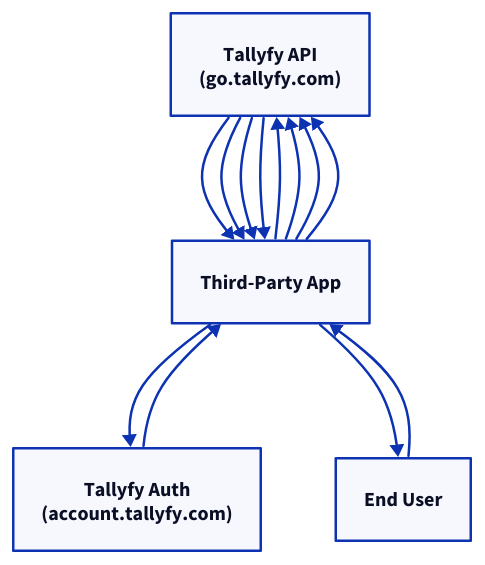
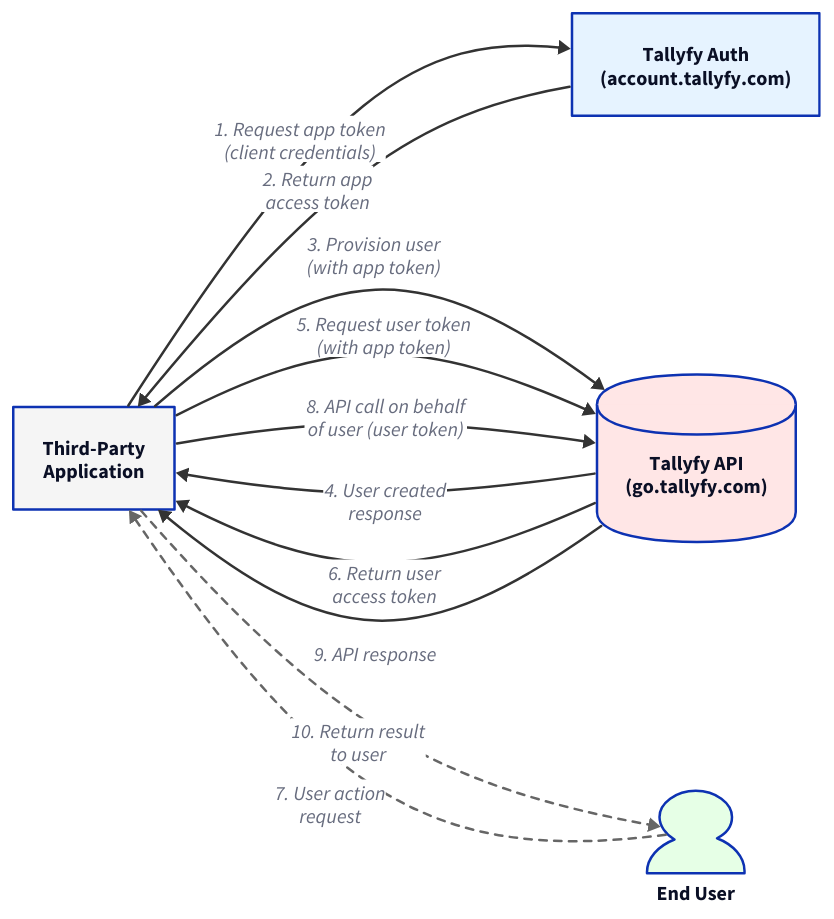
Before and after one commit to tallyfy/documentation: the diagram in src/content/docs/pro/integrations/open-api/access-api-as-a-third-party-application-instead-of-a-user.mdx, drawn with D2. The commit also changed 17 other files, not shown here.

````diff
--- a/src/content/docs/pro/integrations/open-api/access-api-as-a-third-party-application-instead-of-a-user.mdx
+++ b/src/content/docs/pro/integrations/open-api/access-api-as-a-third-party-application-instead-of-a-user.mdx
@@ -46,18 +46,65 @@
 ```d2
-API: Tallyfy API\n(go.tallyfy.com)
-App: Third-Party App
-Auth: Tallyfy Auth\n(account.tallyfy.com)
-User: End User
-App -> Auth
-Auth -> App
-App -> API
-API -> App
-App -> API
-API -> App
-App -> API
-API -> App
-User -> App
-App -> API
-API -> App
-App -> User
+direction: right
+
+App: "Third-Party\nApplication" {
+  shape: rectangle
+  style.fill: "#f5f5f5"
+}
+
+Auth: "Tallyfy Auth\n(account.tallyfy.com)" {
+  shape: rectangle
+  style.fill: "#e6f3ff"
+}
+
+API: "Tallyfy API\n(go.tallyfy.com)" {
+  shape: cylinder
+  style.fill: "#ffe6e6"
+}
+
+User: "End User" {
+  shape: person
+  style.fill: "#e6ffe6"
+}
+
+App -> Auth: "1. Request app token\n(client credentials)" {
+  style.stroke: "#333"
+}
+
+Auth -> App: "2. Return app\naccess token" {
+  style.stroke: "#333"
+}
+
+App -> API: "3. Provision user\n(with app token)" {
+  style.stroke: "#333"
+}
+
+API -> App: "4. User created\nresponse" {
+  style.stroke: "#333"
+}
+
+App -> API: "5. Request user token\n(with app token)" {
+  style.stroke: "#333"
+}
+
+API -> App: "6. Return user\naccess token" {
+  style.stroke: "#333"
+}
+
+User -> App: "7. User action\nrequest" {
+  style.stroke: "#666"
+  style.stroke-dash: 3
+}
+
+App -> API: "8. API call on behalf\nof user (user token)" {
+  style.stroke: "#333"
+}
+
+API -> App: "9. API response" {
+  style.stroke: "#333"
+}
+
+App -> User: "10. Return result\nto user" {
+  style.stroke: "#666"
+  style.stroke-dash: 3
+}
 ```
````
